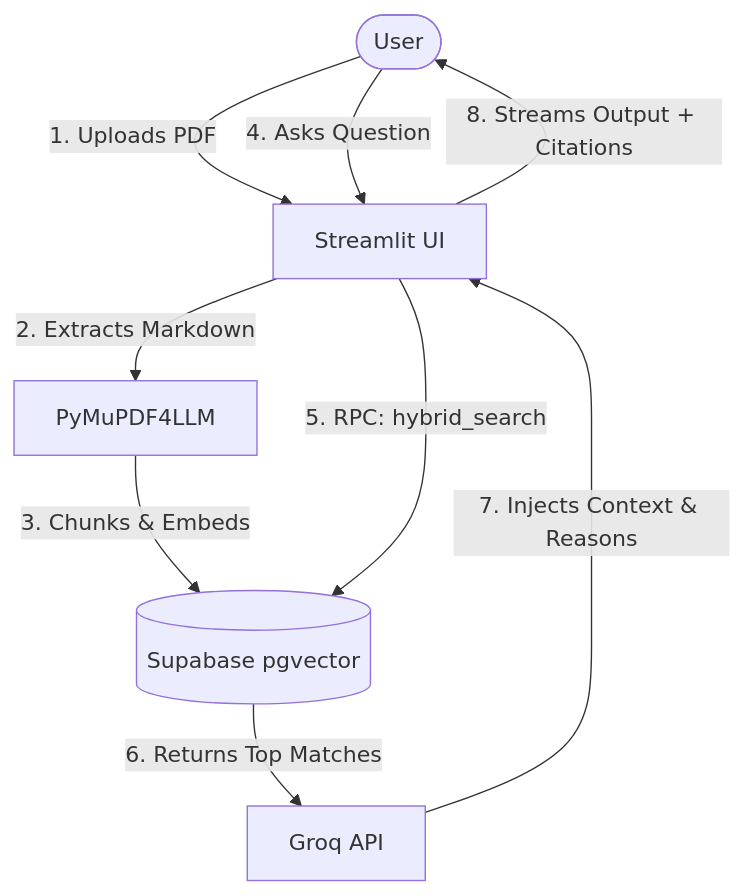
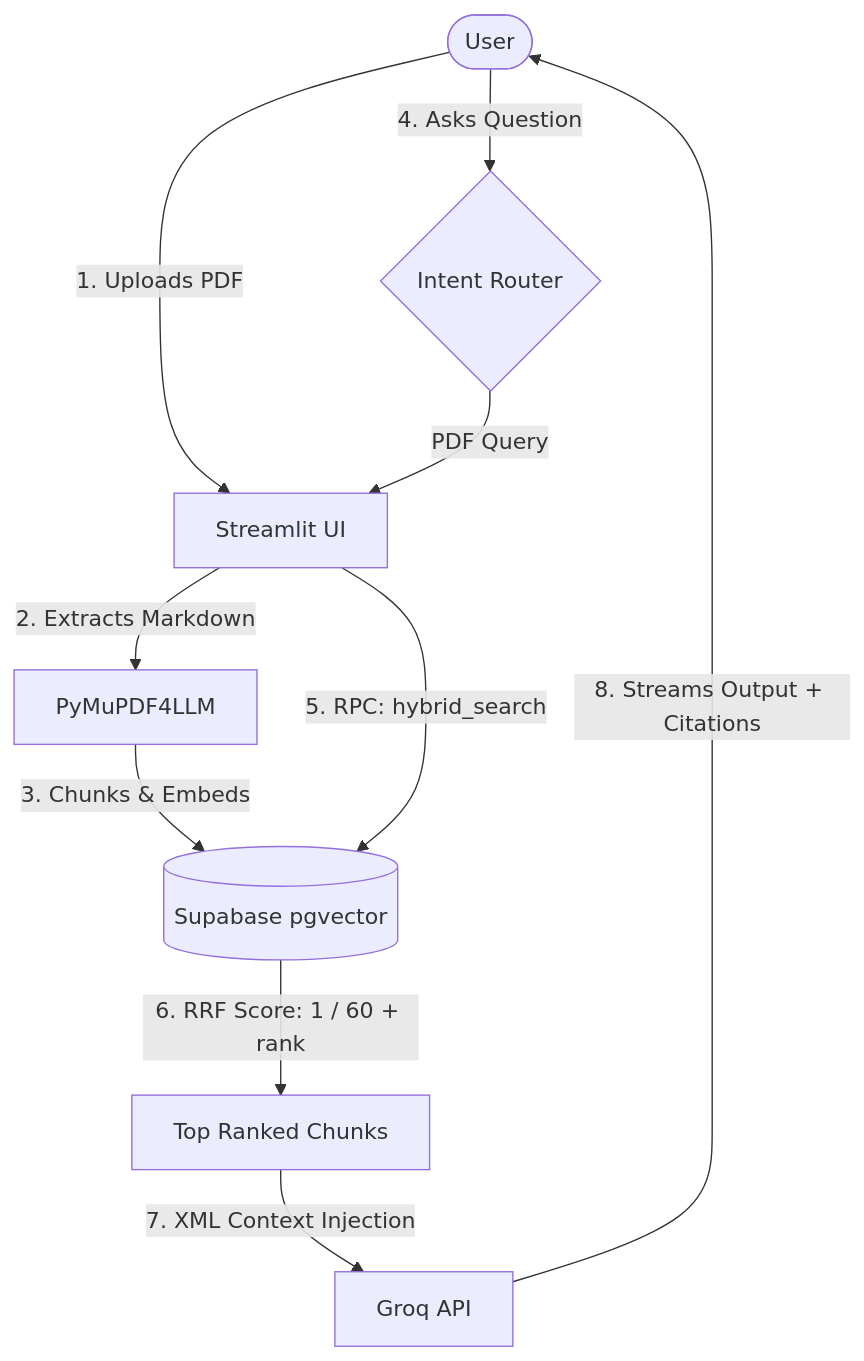
One commit to harshbhanushali26/hArI changed the first of 2 diagrams in README.md. Above: the diagram before and after it, drawn with Mermaid. The commit also changed other lines of this file and 15 other files, not shown here.

````diff
--- a/README.md
+++ b/README.md
@@ -43,12 +44,13 @@
 ```mermaid
 graph TD
     User([User]) -->|1. Uploads PDF| App[Streamlit UI]
     App -->|2. Extracts Markdown| Extractor[PyMuPDF4LLM]
     Extractor -->|3. Chunks & Embeds| VectorDB[(Supabase pgvector)]
     
-    User -->|4. Asks Question| App
+    User -->|4. Asks Question| IntentRouter{Intent Router}
+    IntentRouter -->|PDF Query| App
     App -->|5. RPC: hybrid_search| VectorDB
-    VectorDB -->|6. Returns Top Matches| LLM[Groq API]
-    LLM -->|7. Injects Context & Reasons| App
-    App -->|8. Streams Output + Citations| User
+    VectorDB -->|6. RRF Score: 1 / 60 + rank| Candidates[Top Ranked Chunks]
+    Candidates -->|7. XML Context Injection| LLM[Groq API]
+    LLM -->|8. Streams Output + Citations| User
 ```
````
